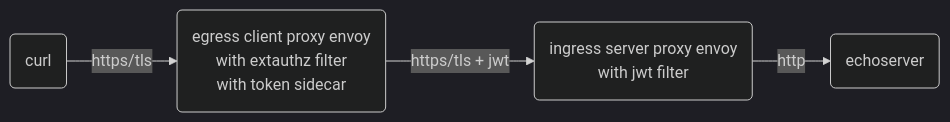
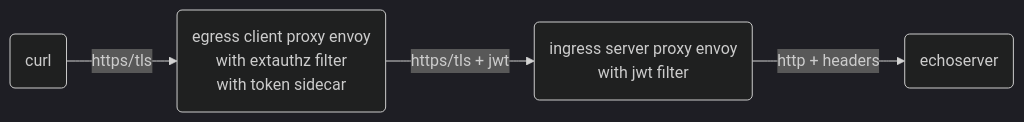
The ninth of 17 diagrams in docs/ENVOY.md (ctyano/athenz-distribution), drawn with Mermaid (dark theme) before and after one commit. The commit also changed other lines of this file and 5 other files, not shown here.

````diff
--- a/docs/ENVOY.md
+++ b/docs/ENVOY.md
@@ -159,4 +159,4 @@
 ```mermaid
 flowchart LR
-A(curl) -->|https/tls| B(egress client proxy envoy\nwith extauthz filter\nwith token sidecar) -->|https/tls + jwt| C(ingress server proxy envoy\nwith jwt filter) -->|http| D(echoserver)
+A(curl) -->|https/tls| B(egress client proxy envoy\nwith extauthz filter\nwith token sidecar) -->|https/tls + jwt| C(ingress server proxy envoy\nwith jwt filter) -->|http + headers| D(echoserver)
 ```
````
